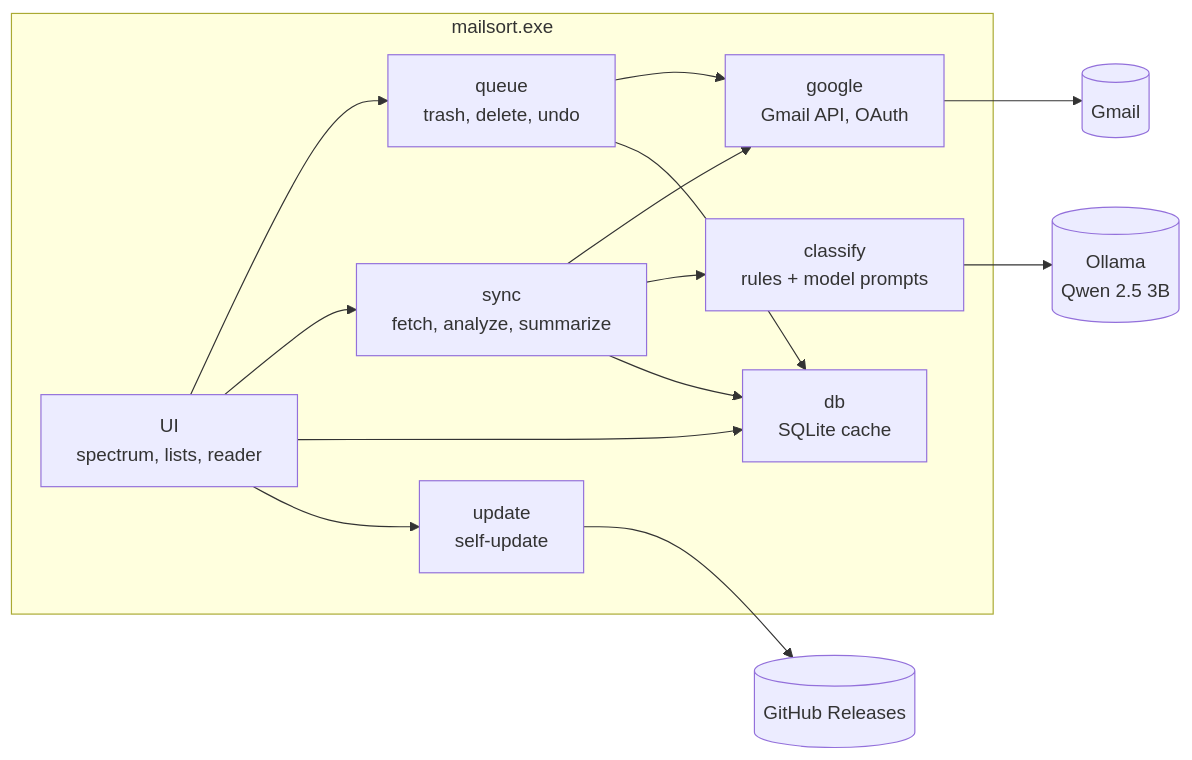
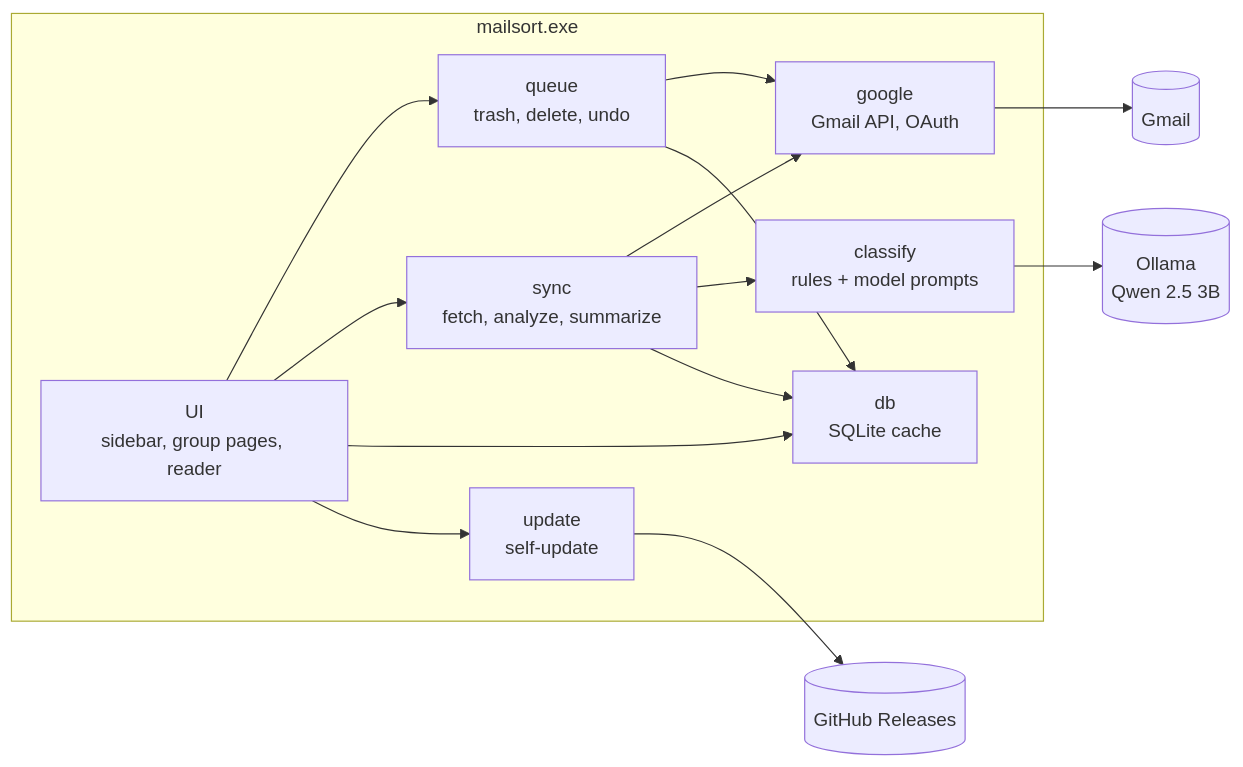
One commit to nikbogman/mailsort changed the diagram in README.md. Above: the diagram before and after it, drawn with Mermaid. The commit also changed 6 other files, not shown here.

Commit message:
Sidebar with every view and category, paged group list, three-column reading view; 0.4.0

````diff
--- a/README.md
+++ b/README.md
@@ -38,19 +38,19 @@
 ```mermaid
 flowchart LR
     subgraph app["mailsort.exe"]
-        UI["UI<br/>spectrum, lists, reader"]
+        UI["UI<br/>sidebar, group pages, reader"]
         Queue["queue<br/>trash, delete, undo"]
         Sync["sync<br/>fetch, analyze, summarize"]
         Classify["classify<br/>rules + model prompts"]
         DB["db<br/>SQLite cache"]
         Google["google<br/>Gmail API, OAuth"]
         Update["update<br/>self-update"]
     end
     UI --> Queue & Sync & DB
     UI --> Update
     Sync --> Google & Classify & DB
     Queue --> Google & DB
     Google --> Gmail[(Gmail)]
     Classify --> Ollama[(Ollama<br/>Qwen 2.5 3B)]
     Update --> Releases[(GitHub Releases)]
 ```
````
